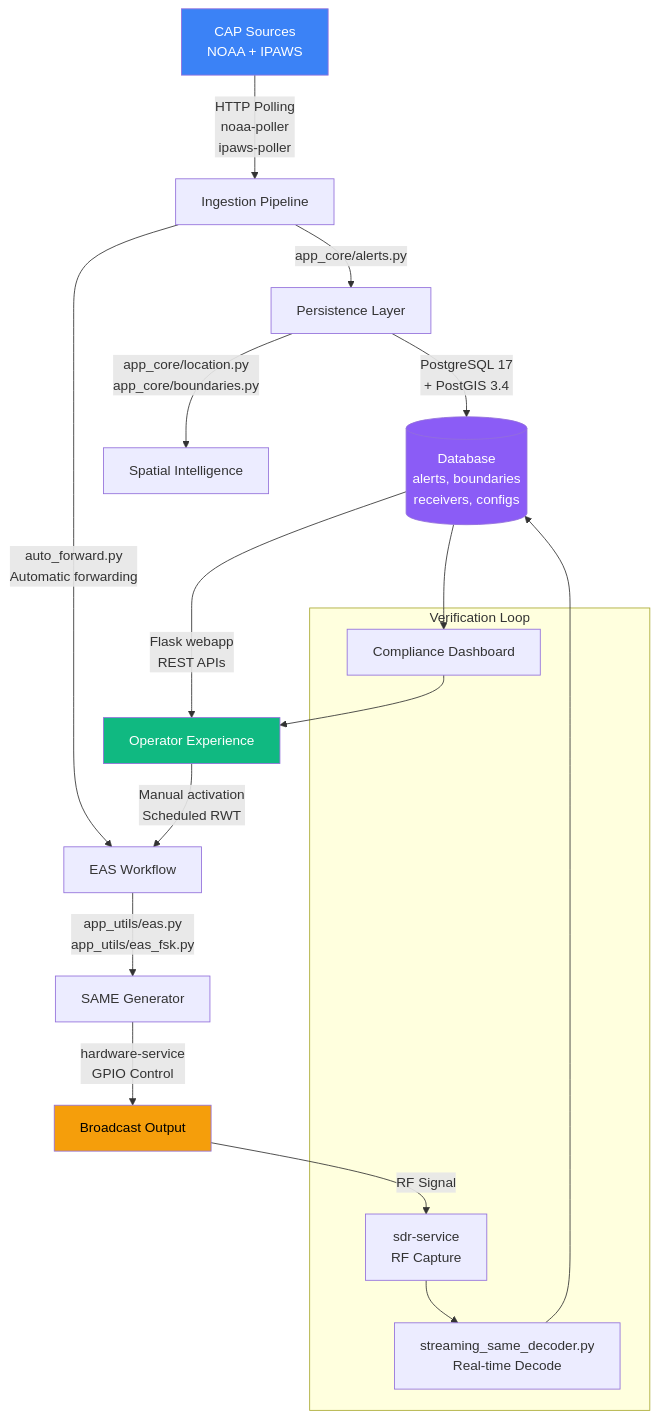
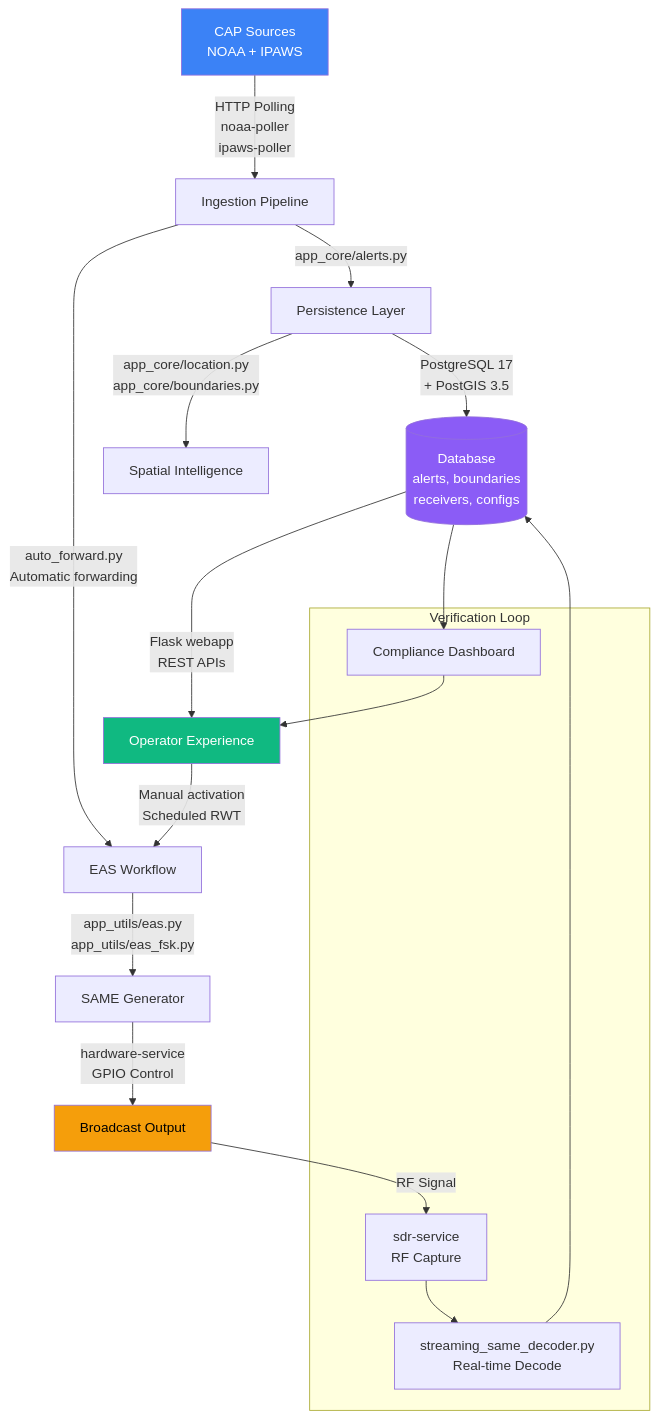
The second of 7 diagrams in docs/architecture/THEORY_OF_OPERATION.md (KR8MER/eas-station), drawn with Mermaid before and after one commit. The commit also changed other lines of this file and 6 other files, not shown here.

````diff
--- a/docs/architecture/THEORY_OF_OPERATION.md
+++ b/docs/architecture/THEORY_OF_OPERATION.md
@@ -97,29 +97,29 @@
 ```mermaid
 flowchart TD
     A[CAP Sources<br/>NOAA + IPAWS] -->|HTTP Polling<br/>noaa-poller<br/>ipaws-poller| B[Ingestion Pipeline]
     B -->|app_core/alerts.py| C[Persistence Layer]
-    C -->|PostgreSQL 17<br/>+ PostGIS 3.4| D[(Database<br/>alerts, boundaries<br/>receivers, configs)]
+    C -->|PostgreSQL 17<br/>+ PostGIS 3.5| D[(Database<br/>alerts, boundaries<br/>receivers, configs)]
     C -->|app_core/location.py<br/>app_core/boundaries.py| E[Spatial Intelligence]
     D -->|Flask webapp<br/>REST APIs| F[Operator Experience]
     B -->|auto_forward.py<br/>Automatic forwarding| G
     F -->|Manual activation<br/>Scheduled RWT| G[EAS Workflow]
     G -->|app_utils/eas.py<br/>app_utils/eas_fsk.py| H[SAME Generator]
     H -->|hardware-service<br/>GPIO Control| I[Broadcast Output]
     
     subgraph Verification["Verification Loop"]
         J[sdr-service<br/>RF Capture]
         K[streaming_same_decoder.py<br/>Real-time Decode]
         L[Compliance Dashboard]
     end
     
     I -->|RF Signal| J
     J --> K
     K --> D
     D --> L
     L --> F
 
     style A fill:#3b82f6,color:#fff
     style D fill:#8b5cf6,color:#fff
     style F fill:#10b981,color:#fff
     style I fill:#f59e0b,color:#000
 ```
````
